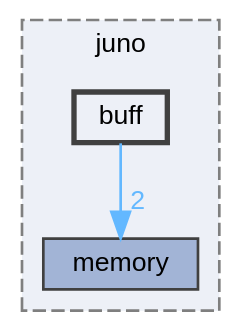
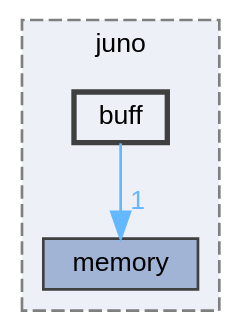
Before and after one commit to robinonsay/libjuno: the diagram in dir_fc6384f358b29864859f2bbee3a4bf64_dep.dot, drawn with Graphviz. The commit also changed 63 other files, not shown here.

```diff
--- a/dir_fc6384f358b29864859f2bbee3a4bf64_dep.dot
+++ b/dir_fc6384f358b29864859f2bbee3a4bf64_dep.dot
@@ -1,14 +1,14 @@
 digraph "/home/runner/work/libjuno/libjuno/include/juno/buff"
 {
  // LATEX_PDF_SIZE
   bgcolor="transparent";
   edge [fontname=Helvetica,fontsize=10,labelfontname=Helvetica,labelfontsize=10];
   node [fontname=Helvetica,fontsize=10,shape=box,height=0.2,width=0.4];
   compound=true
   subgraph clusterdir_366da5caa8e7ec3e54d94764b6f022bc {
     graph [ bgcolor="#edf0f7", pencolor="grey50", label="juno", fontname=Helvetica,fontsize=10 style="filled,dashed", URL="dir_366da5caa8e7ec3e54d94764b6f022bc.html",tooltip=""]
   dir_0ab7105f8cccca84cc3ec63bc4b5970d [label="memory", fillcolor="#a2b4d6", color="grey25", style="filled", URL="dir_0ab7105f8cccca84cc3ec63bc4b5970d.html",tooltip=""];
   dir_fc6384f358b29864859f2bbee3a4bf64 [label="buff", fillcolor="#edf0f7", color="grey25", style="filled,bold", URL="dir_fc6384f358b29864859f2bbee3a4bf64.html",tooltip=""];
   }
-  dir_fc6384f358b29864859f2bbee3a4bf64->dir_0ab7105f8cccca84cc3ec63bc4b5970d [headlabel="2", labeldistance=1.5 headhref="dir_000001_000011.html" href="dir_000001_000011.html" color="steelblue1" fontcolor="steelblue1"];
+  dir_fc6384f358b29864859f2bbee3a4bf64->dir_0ab7105f8cccca84cc3ec63bc4b5970d [headlabel="1", labeldistance=1.5 headhref="dir_000001_000011.html" href="dir_000001_000011.html" color="steelblue1" fontcolor="steelblue1"];
 }
```
